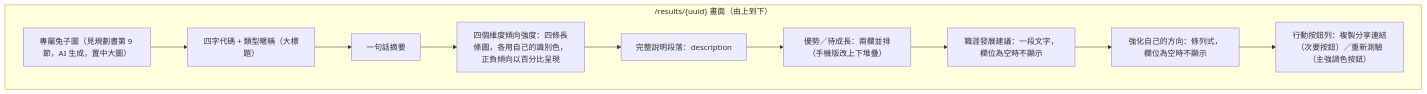
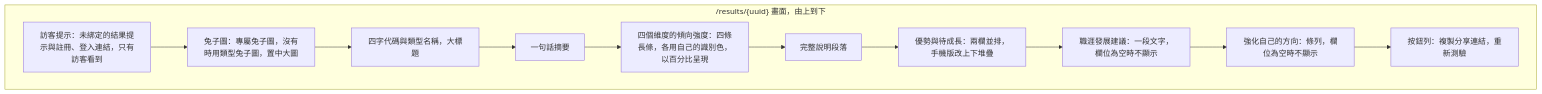
Before and after one commit to flamerecca/GatherConf2026: the diagram in docs/screen-design-spec.md, drawn with Mermaid. The commit also changed other lines of this file and 16 other files, not shown here.

````diff
--- a/docs/screen-design-spec.md
+++ b/docs/screen-design-spec.md
@@ -92,15 +76,16 @@
 ```mermaid
 flowchart TD
-    subgraph Screen["/results/{uuid} 畫面（由上到下）"]
-        A["專屬兔子圖（見規劃書第 9 節，AI 生成，置中大圖）"]
-        B["四字代碼 + 類型暱稱（大標題）"]
+    subgraph Screen["/results/{uuid} 畫面，由上到下"]
+        N["訪客提示：未綁定的結果提示與註冊、登入連結，只有訪客看到"]
+        A["兔子圖：專屬兔子圖，沒有時用類型兔子圖，置中大圖"]
+        B["四字代碼與類型名稱，大標題"]
         C["一句話摘要"]
-        D["四個維度傾向強度：四條長條圖，各用自己的識別色，正負傾向以百分比呈現"]
-        E["完整說明段落：description"]
-        F["優勢／待成長：兩欄並排（手機版改上下堆疊）"]
+        D["四個維度的傾向強度：四條長條，各用自己的識別色，以百分比呈現"]
+        E["完整說明段落"]
+        F["優勢與待成長：兩欄並排，手機版改上下堆疊"]
         F2["職涯發展建議：一段文字，欄位為空時不顯示"]
-        F3["強化自己的方向：條列式，欄位為空時不顯示"]
-        G["行動按鈕列：複製分享連結（次要按鈕）／重新測驗（主強調色按鈕）"]
+        F3["強化自己的方向：條列，欄位為空時不顯示"]
+        G["按鈕列：複製分享連結，重新測驗"]
     end
-    A --> B --> C --> D --> E --> F --> F2 --> F3 --> G
+    N --> A --> B --> C --> D --> E --> F --> F2 --> F3 --> G
 ```
````
